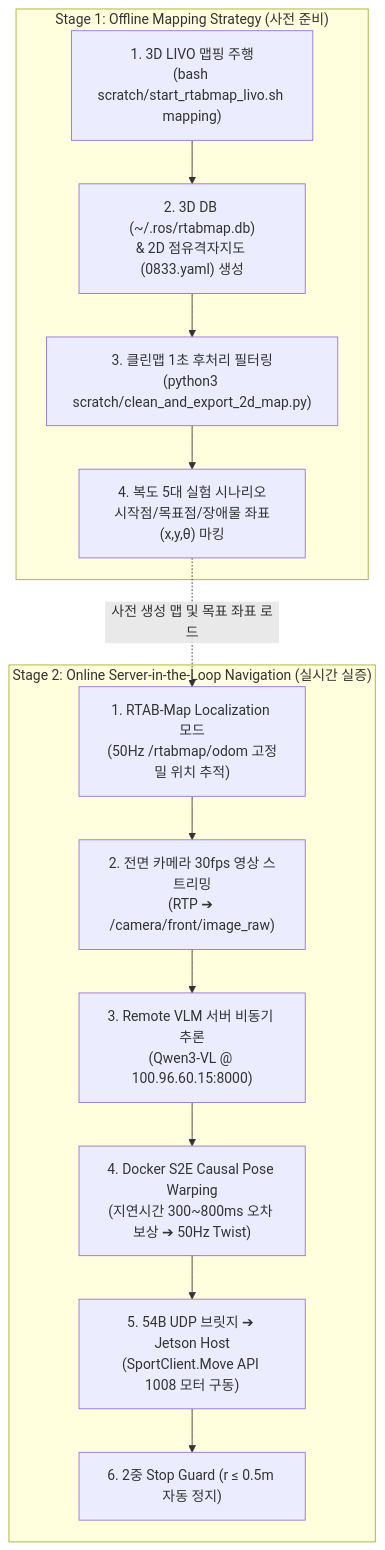
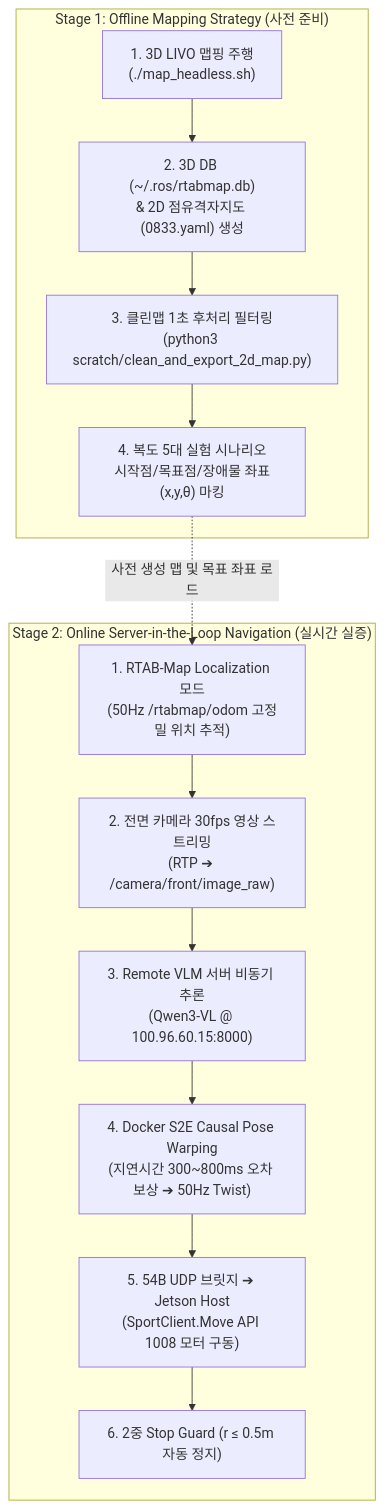
The diagram in docs/master_plan/[2026-08-24]_오프라인_맵핑_및_서버_비동기_주행_전략_최종_마스터플랜.md (CGV-HGU/go2_ws), drawn with Mermaid before and after one commit. The commit also changed 58 other files, not shown here.

Commit message:
feat(mapping & pixnav): unify mapping scripts into run_map.sh/map_headless.sh, add pixnav qualification checkers, and update master plan docs

````diff
--- a/docs/master_plan/[2026-08-24]_오프라인_맵핑_및_서버_비동기_주행_전략_최종_마스터플랜.md
+++ b/docs/master_plan/[2026-08-24]_오프라인_맵핑_및_서버_비동기_주행_전략_최종_마스터플랜.md
@@ -42,18 +42,18 @@
 ```mermaid
 graph TD
     subgraph "Stage 1: Offline Mapping Strategy (사전 준비)"
-        A1["1. 3D LIVO 맵핑 주행<br/>(bash scratch/start_rtabmap_livo.sh mapping)"] --> A2["2. 3D DB (~/.ros/rtabmap.db)<br/>& 2D 점유격자지도 (0833.yaml) 생성"]
+        A1["1. 3D LIVO 맵핑 주행<br/>(./map_headless.sh)"] --> A2["2. 3D DB (~/.ros/rtabmap.db)<br/>& 2D 점유격자지도 (0833.yaml) 생성"]
         A2 --> A3["3. 클린맵 1초 후처리 필터링<br/>(python3 scratch/clean_and_export_2d_map.py)"]
         A3 --> A4["4. 복도 5대 실험 시나리오<br/>시작점/목표점/장애물 좌표(x,y,θ) 마킹"]
     end
 
     subgraph "Stage 2: Online Server-in-the-Loop Navigation (실시간 실증)"
         B1["1. RTAB-Map Localization 모드<br/>(50Hz /rtabmap/odom 고정밀 위치 추적)"] --> B2["2. 전면 카메라 30fps 영상 스트리밍<br/>(RTP ➔ /camera/front/image_raw)"]
         B2 --> B3["3. Remote VLM 서버 비동기 추론<br/>(Qwen3-VL @ 100.96.60.15:8000)"]
         B3 --> B4["4. Docker S2E Causal Pose Warping<br/>(지연시간 300~800ms 오차 보상 ➔ 50Hz Twist)"]
         B4 --> B5["5. 54B UDP 브릿지 ➔ Jetson Host<br/>(SportClient.Move API 1008 모터 구동)"]
         B5 --> B6["6. 2중 Stop Guard (r ≤ 0.5m 자동 정지)"]
     end
 
     A4 -.->|사전 생성 맵 및 목표 좌표 로드| B1
 ```
````
